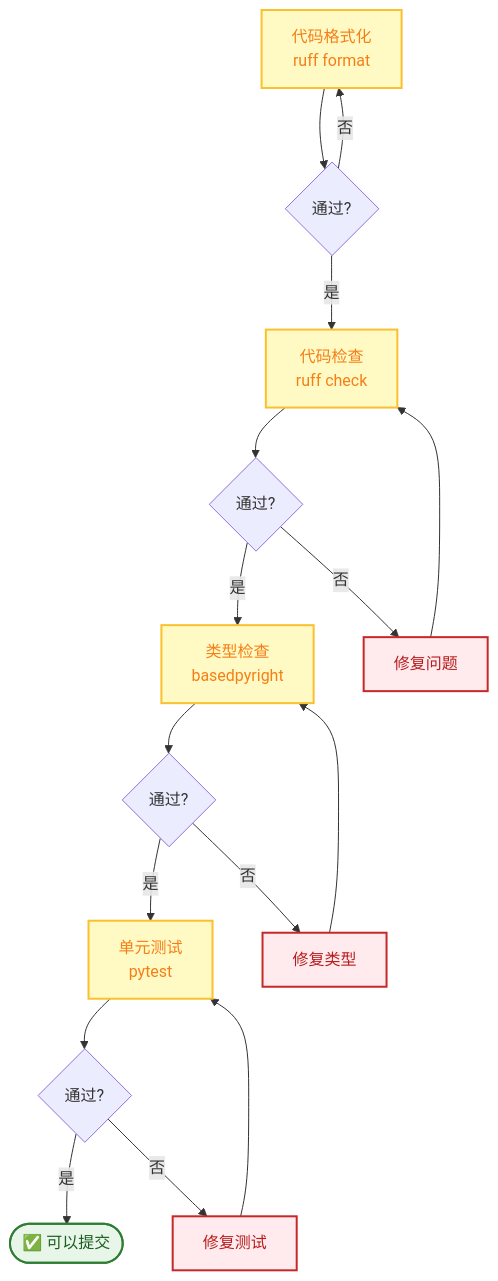
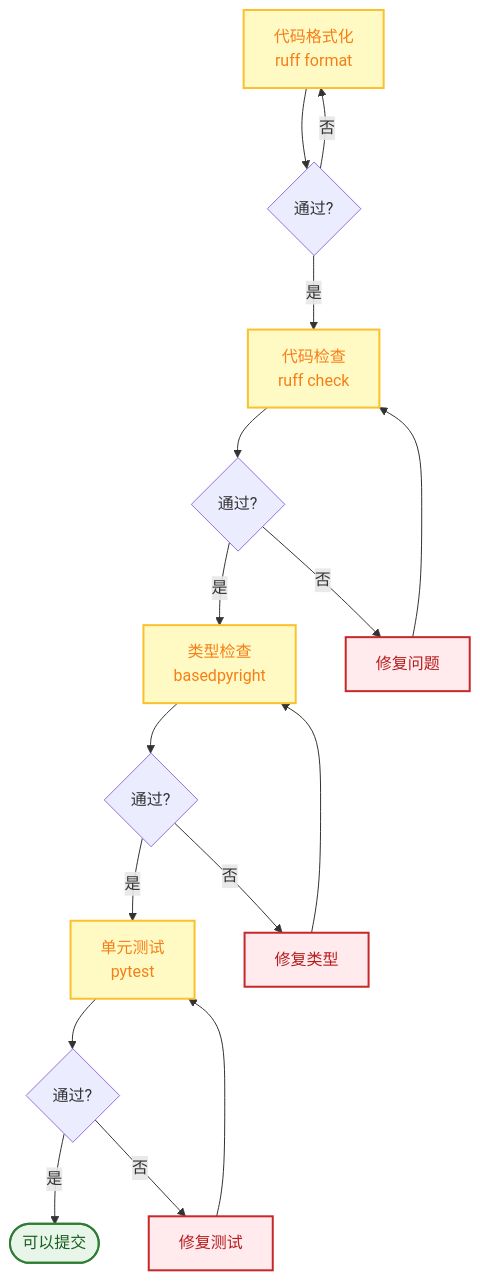
Before and after one commit to xt765/FinchBot: the second of 3 diagrams in docs/zh-CN/contributing.md, drawn with Mermaid. The commit also changed other lines of this file and 18 other files, not shown here.

First line of the commit message:
docs: 简化架构图并删除所有mermaid图中的表情包

````diff
--- a/docs/zh-CN/contributing.md
+++ b/docs/zh-CN/contributing.md
@@ -73,23 +72,22 @@
 ```mermaid
 flowchart TD
-    %% 样式定义
     classDef check fill:#fff9c4,stroke:#fbc02d,stroke-width:2px,color:#f57f17;
     classDef pass fill:#e8f5e9,stroke:#2e7d32,stroke-width:2px,color:#1b5e20;
     classDef fail fill:#ffebee,stroke:#c62828,stroke-width:2px,color:#b71c1c;
 
     A[代码格式化<br/>ruff format]:::check --> B{通过?}
     B -->|是| C[代码检查<br/>ruff check]:::check
     B -->|否| A
     C --> D{通过?}
     D -->|是| E[类型检查<br/>basedpyright]:::check
     D -->|否| F[修复问题]:::fail
     F --> C
     E --> G{通过?}
     G -->|是| H[单元测试<br/>pytest]:::check
     G -->|否| I[修复类型]:::fail
     I --> E
     H --> J{通过?}
-    J -->|是| K([✅ 可以提交]):::pass
+    J -->|是| K([可以提交]):::pass
     J -->|否| L[修复测试]:::fail
     L --> H
 ```
````
